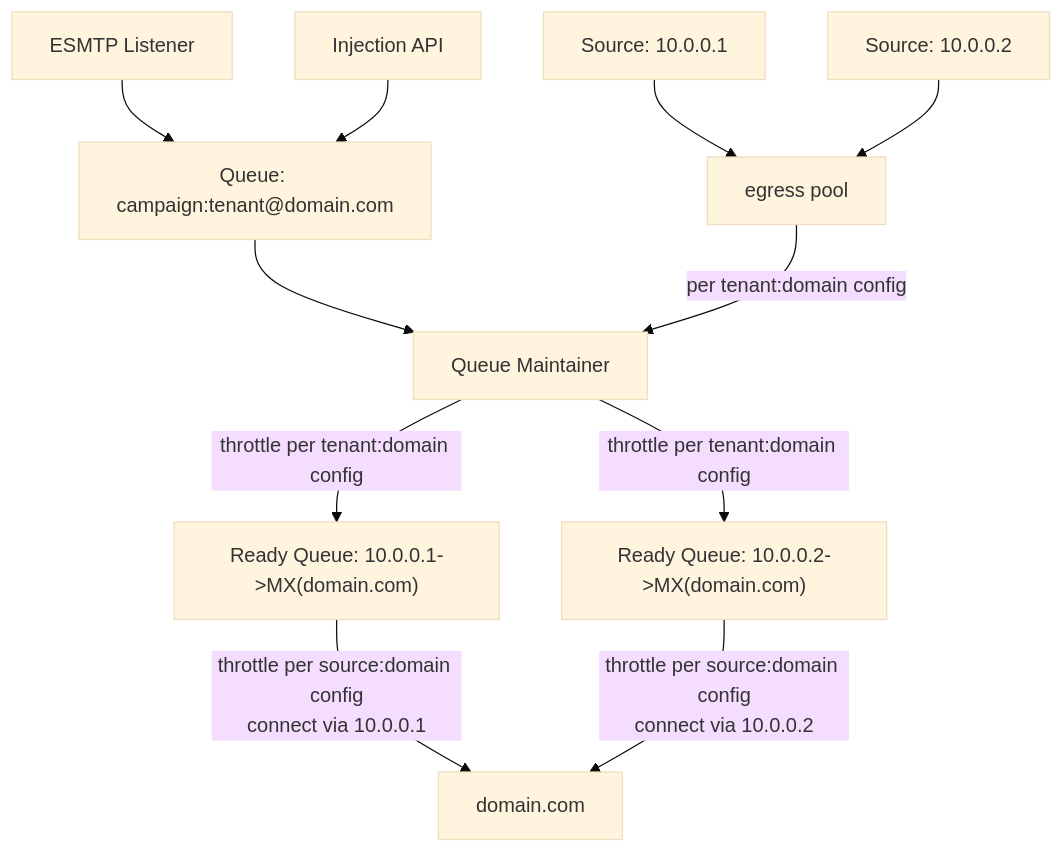
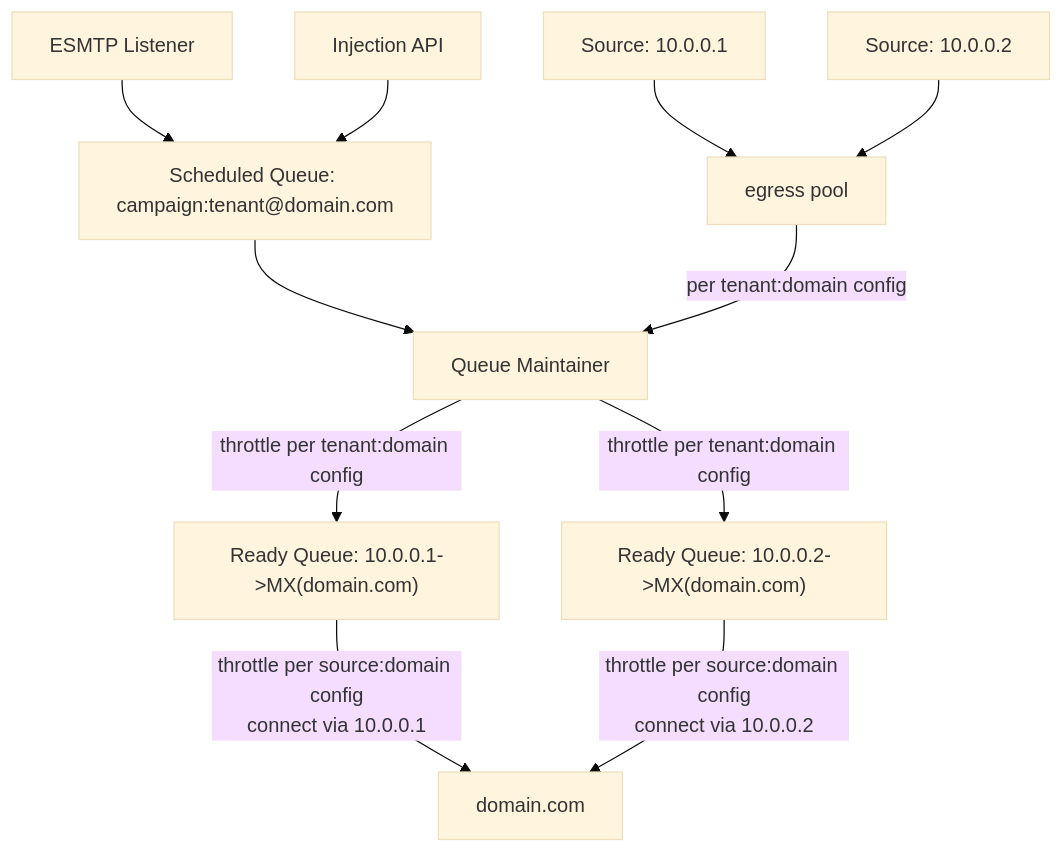
Before and after one commit to KumoCorp/kumomta: the diagram in docs/reference/queues.md, drawn with Mermaid (base theme). The commit also changed other lines of this file, not shown here.

Commit message:
Update reference manual to use new Scheduled Queue terminology.

````diff
--- a/docs/reference/queues.md
+++ b/docs/reference/queues.md
@@ -189,24 +189,24 @@
 ```mermaid
 graph TD
-   DQ["Queue: campaign:tenant@domain.com"]
+   SQ["Scheduled Queue: campaign:tenant@domain.com"]
    SMTPL["ESMTP Listener"]
    HTTPI["Injection API"]
    RQ1["Ready Queue: 10.0.0.1->MX(domain.com)"]
    RQ2["Ready Queue: 10.0.0.2->MX(domain.com)"]
    POOL["egress pool"]
    IP1["Source: 10.0.0.1"]
    IP2["Source: 10.0.0.2"]
    MAINT["Queue Maintainer"]
    DESTSITE["domain.com"]
 
-   SMTPL --> DQ
-   HTTPI --> DQ
-   DQ --> MAINT
+   SMTPL --> SQ
+   HTTPI --> SQ
+   SQ --> MAINT
    IP1 --> POOL
    IP2 --> POOL
    POOL -- per tenant:domain config --> MAINT
    MAINT -- throttle per tenant:domain config --> RQ1
    MAINT -- throttle per tenant:domain config --> RQ2
    RQ1 -- throttle per source:domain config\nconnect via 10.0.0.1 --> DESTSITE
    RQ2 -- throttle per source:domain config\nconnect via 10.0.0.2 --> DESTSITE
 ```
````
